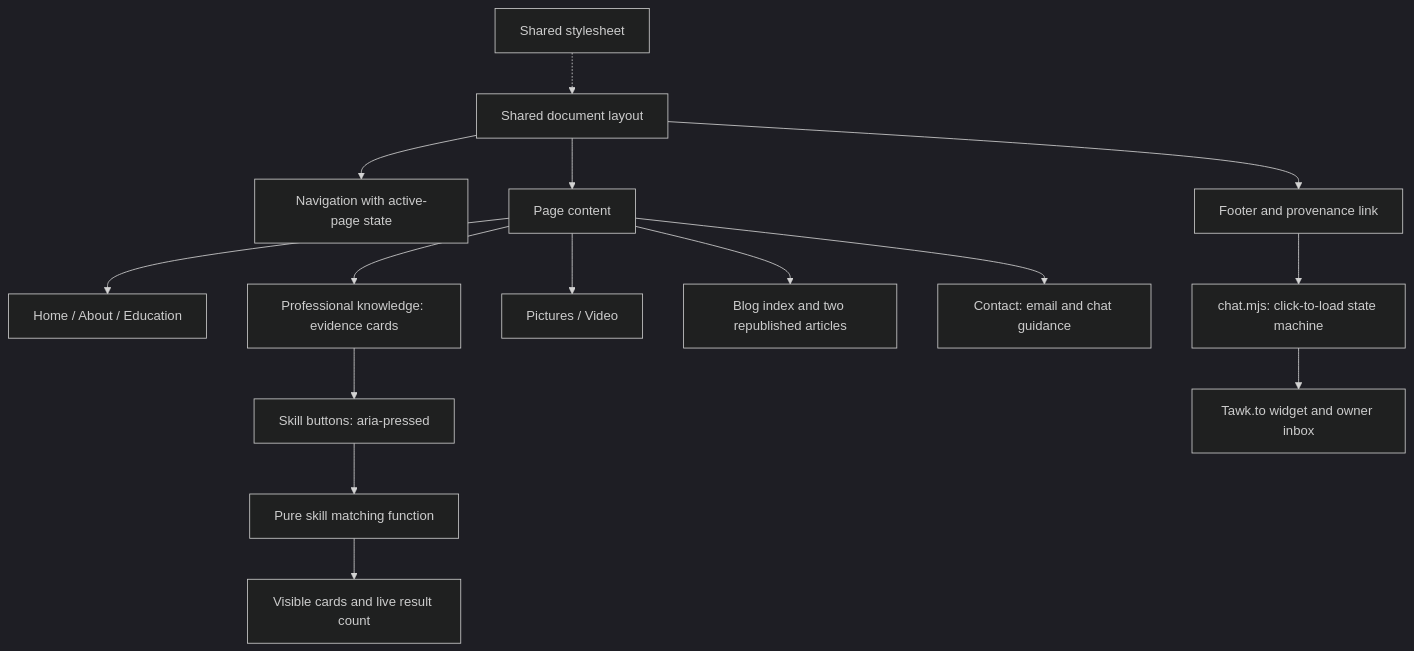
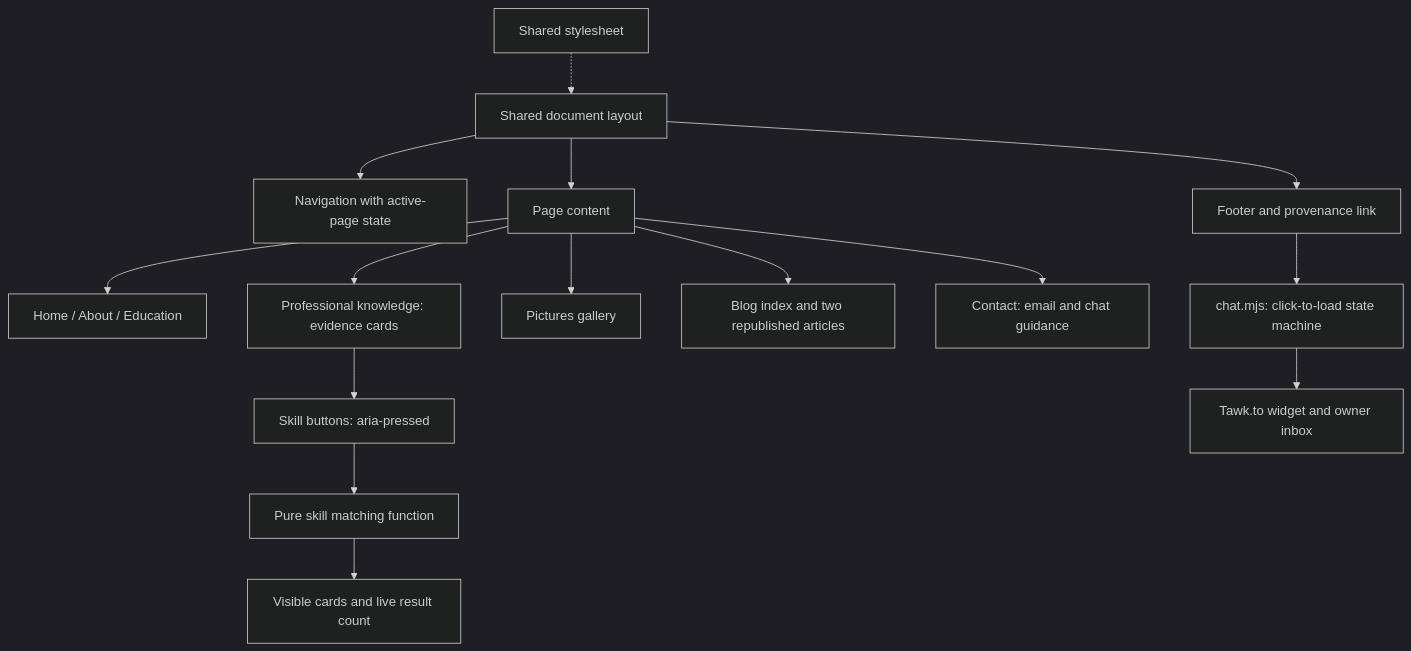
One commit to ChiragAgg5k/ul-university-notes changed the second of 3 diagrams in 2026-27/SEM1/CS5709 - Software Engineering Evolution/Assignment 1/DESIGN.md. Above: the diagram before and after it, drawn with Mermaid (dark theme). The commit also changed other lines of this file and 7 other files, not shown here.

First line of the commit message:
feat(cs5709): remove the video gallery, which Phase 1 does not require

````diff
--- a/2026-27/SEM1/CS5709 - Software Engineering Evolution/Assignment 1/DESIGN.md
+++ b/2026-27/SEM1/CS5709 - Software Engineering Evolution/Assignment 1/DESIGN.md
@@ -32,17 +32,17 @@
 ```mermaid
 flowchart TD
   Layout[Shared document layout] --> Nav[Navigation with active-page state]
   Layout --> Main[Page content]
   Layout --> Footer[Footer and provenance link]
   Main --> Profile[Home / About / Education]
   Main --> Knowledge[Professional knowledge: evidence cards]
   Knowledge --> Controls[Skill buttons: aria-pressed]
   Controls --> Matching[Pure skill matching function]
   Matching --> Status[Visible cards and live result count]
-  Main --> Media[Pictures / Video]
+  Main --> Media[Pictures gallery]
   Main --> Blog[Blog index and two republished articles]
   Main --> Contact[Contact: email and chat guidance]
   Footer --> Loader[chat.mjs: click-to-load state machine]
   Loader --> Provider[Tawk.to widget and owner inbox]
   Styles[Shared stylesheet] -.-> Layout
 ```
````
